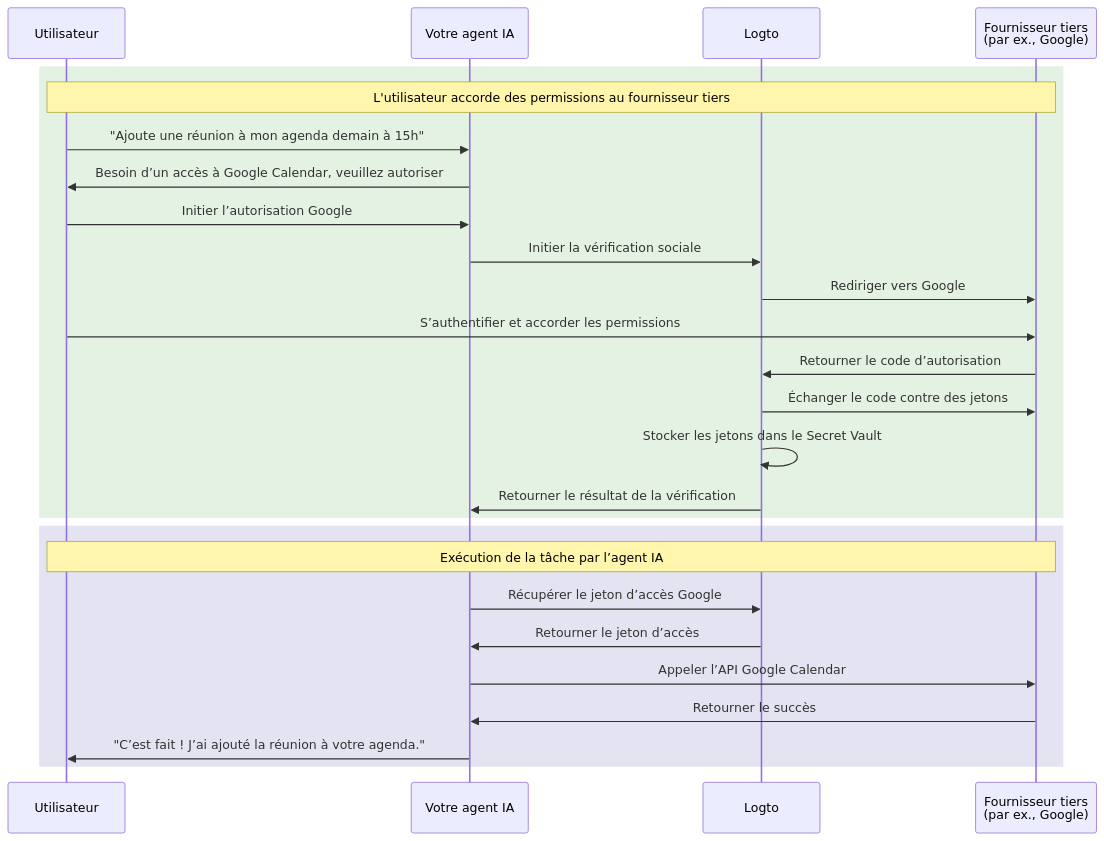
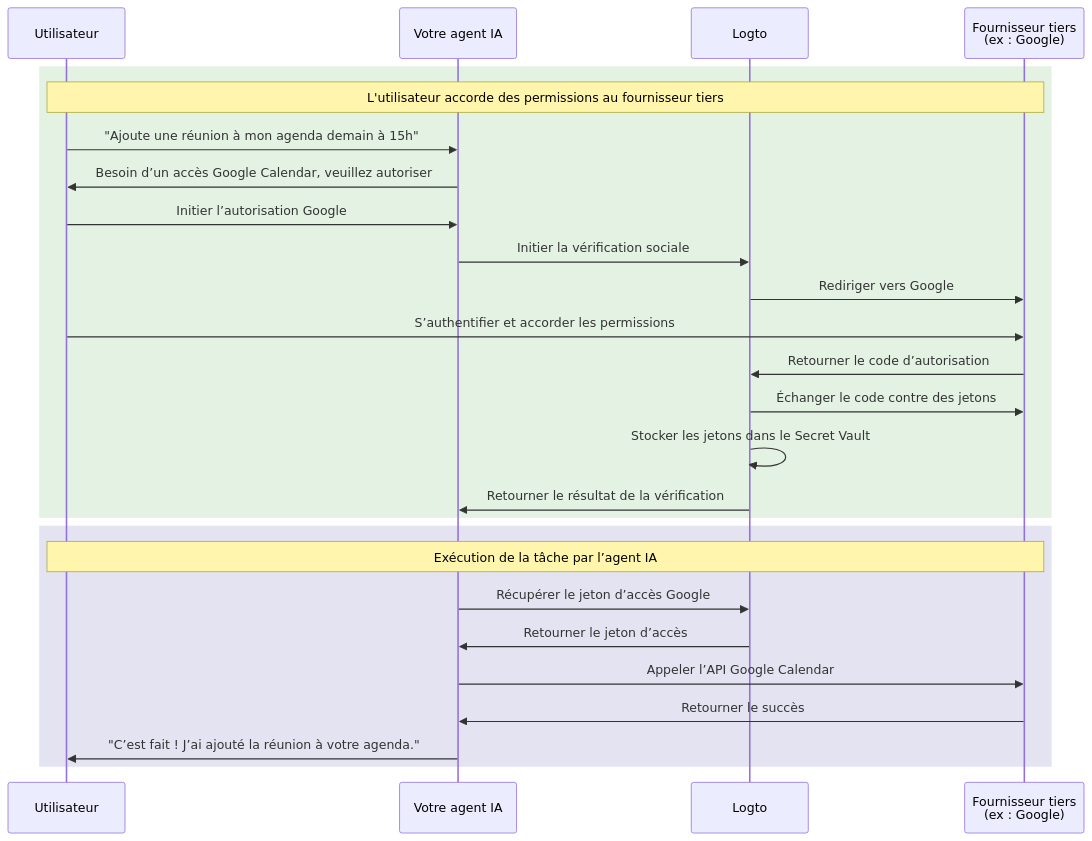
The diagram in i18n/fr/docusaurus-plugin-content-docs/current/use-cases/ai/connect-your-agent-to-third-party-apis.mdx (logto-io/docs), drawn with Mermaid before and after one commit. The commit also changed other lines of this file and 666 other files, not shown here.

````diff
--- a/i18n/fr/docusaurus-plugin-content-docs/current/use-cases/ai/connect-your-agent-to-third-party-apis.mdx
+++ b/i18n/fr/docusaurus-plugin-content-docs/current/use-cases/ai/connect-your-agent-to-third-party-apis.mdx
@@ -32,30 +32,30 @@
 ```mermaid
 sequenceDiagram
     participant User as Utilisateur
     participant Agent as Votre agent IA
     participant Logto
-    participant Google as Fournisseur tiers<br/>(par ex., Google)
+    participant Google as Fournisseur tiers<br/>(ex : Google)
 
     rect rgba(200, 230, 200, 0.5)
         Note over User, Google: L'utilisateur accorde des permissions au fournisseur tiers
         User->>Agent: "Ajoute une réunion à mon agenda demain à 15h"
-        Agent->>User: Besoin d’un accès à Google Calendar, veuillez autoriser
+        Agent->>User: Besoin d’un accès Google Calendar, veuillez autoriser
         User->>Agent: Initier l’autorisation Google
         Agent->>Logto: Initier la vérification sociale
         Logto->>Google: Rediriger vers Google
         User->>Google: S’authentifier et accorder les permissions
         Google->>Logto: Retourner le code d’autorisation
         Logto->>Google: Échanger le code contre des jetons
         Logto->>Logto: Stocker les jetons dans le Secret Vault
         Logto->>Agent: Retourner le résultat de la vérification
     end
 
     rect rgba(200, 200, 230, 0.5)
         Note over User, Google: Exécution de la tâche par l’agent IA
         Agent->>Logto: Récupérer le jeton d’accès Google
         Logto->>Agent: Retourner le jeton d’accès
         Agent->>Google: Appeler l’API Google Calendar
         Google->>Agent: Retourner le succès
         Agent->>User: "C’est fait ! J’ai ajouté la réunion à votre agenda."
     end
 ```
````
